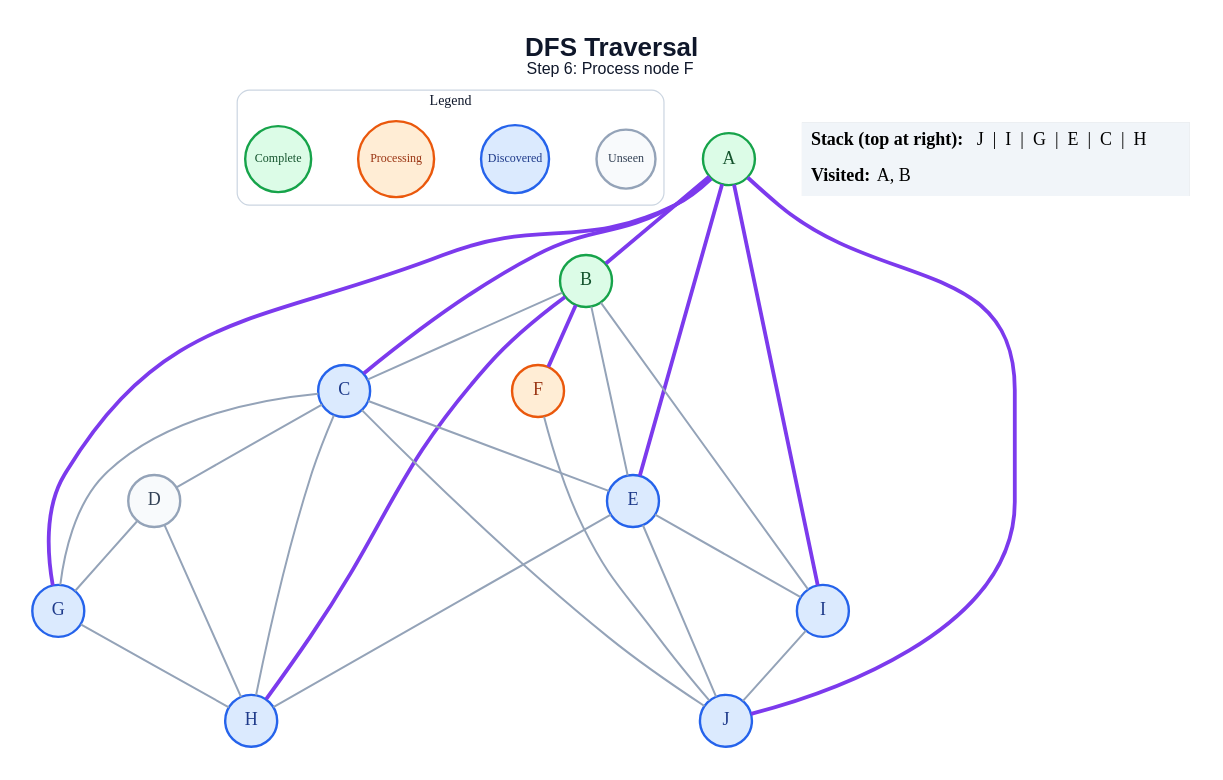
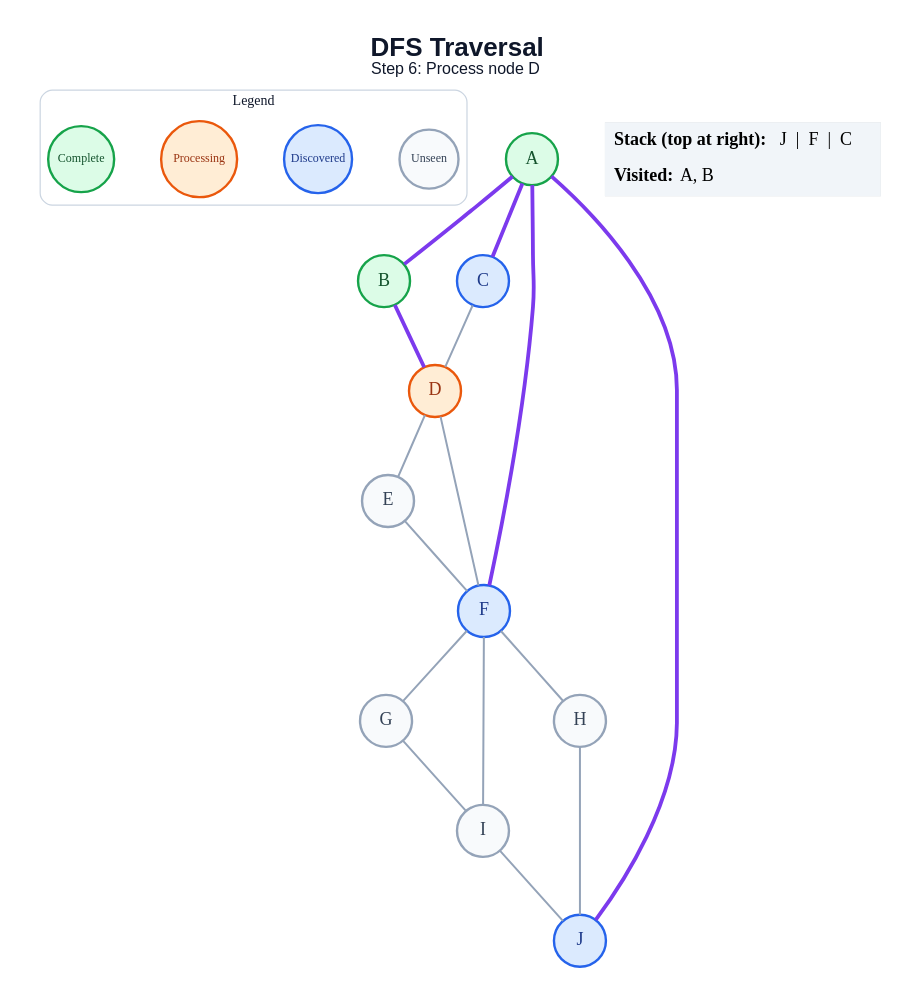
The diagram in generated/dfs/step_06.dot (amanghodawala9/ai-slop), drawn with Graphviz before and after one commit. The commit also changed 178 other files, not shown here.

```diff
--- a/generated/dfs/step_06.dot
+++ b/generated/dfs/step_06.dot
@@ -1,53 +1,44 @@
 graph traversal {
   graph [layout=dot, rankdir=TB, bgcolor="#FFFFFF", pad="0.35", nodesep="0.65", ranksep="0.8", fontname="Arial"];
   node [shape=circle, style="filled", fontname="Arial Bold", fontsize=18, width=0.72, fixedsize=true, penwidth=2.4];
   edge [color="#94A3B8", penwidth=2.0];
-  label=<<B>DFS Traversal</B><BR/><FONT POINT-SIZE="16">Step 6: Process node F</FONT>>; labelloc="t"; fontsize=26; fontname="Arial"; fontcolor="#0F172A";
+  label=<<B>DFS Traversal</B><BR/><FONT POINT-SIZE="16">Step 6: Process node D</FONT>>; labelloc="t"; fontsize=26; fontname="Arial"; fontcolor="#0F172A";
   subgraph cluster_legend { label="Legend"; color="#CBD5E1"; penwidth=1.2; style="rounded"; fontsize=14; fontname="Arial Bold";
     key_unseen [label="Unseen", fillcolor="#F8FAFC", color="#94A3B8", fontcolor="#334155", fontsize=12, width=0.82];
     key_frontier [label="Discovered", fillcolor="#DBEAFE", color="#2563EB", fontcolor="#1E3A8A", fontsize=12, width=0.95];
     key_current [label="Processing", fillcolor="#FFEDD5", color="#EA580C", fontcolor="#9A3412", fontsize=12, width=1.05];
     key_done [label="Complete", fillcolor="#DCFCE7", color="#16A34A", fontcolor="#14532D", fontsize=12, width=0.92];
     { rank=same; key_unseen; key_frontier; key_current; key_done; }
   }
   A [fillcolor="#DCFCE7", color="#16A34A", fontcolor="#14532D"];
   B [fillcolor="#DCFCE7", color="#16A34A", fontcolor="#14532D"];
   C [fillcolor="#DBEAFE", color="#2563EB", fontcolor="#1E3A8A"];
-  D [fillcolor="#F8FAFC", color="#94A3B8", fontcolor="#334155"];
-  E [fillcolor="#DBEAFE", color="#2563EB", fontcolor="#1E3A8A"];
-  F [fillcolor="#FFEDD5", color="#EA580C", fontcolor="#9A3412"];
-  G [fillcolor="#DBEAFE", color="#2563EB", fontcolor="#1E3A8A"];
-  H [fillcolor="#DBEAFE", color="#2563EB", fontcolor="#1E3A8A"];
-  I [fillcolor="#DBEAFE", color="#2563EB", fontcolor="#1E3A8A"];
+  D [fillcolor="#FFEDD5", color="#EA580C", fontcolor="#9A3412"];
+  E [fillcolor="#F8FAFC", color="#94A3B8", fontcolor="#334155"];
+  F [fillcolor="#DBEAFE", color="#2563EB", fontcolor="#1E3A8A"];
+  G [fillcolor="#F8FAFC", color="#94A3B8", fontcolor="#334155"];
+  H [fillcolor="#F8FAFC", color="#94A3B8", fontcolor="#334155"];
+  I [fillcolor="#F8FAFC", color="#94A3B8", fontcolor="#334155"];
   J [fillcolor="#DBEAFE", color="#2563EB", fontcolor="#1E3A8A"];
   A -- B [color="#7C3AED", penwidth=3.8];
   A -- C [color="#7C3AED", penwidth=3.8];
-  A -- E [color="#7C3AED", penwidth=3.8];
-  A -- G [color="#7C3AED", penwidth=3.8];
-  A -- I [color="#7C3AED", penwidth=3.8];
+  A -- F [color="#7C3AED", penwidth=3.8];
   A -- J [color="#7C3AED", penwidth=3.8];
-  B -- C;
-  B -- E;
-  B -- F [color="#7C3AED", penwidth=3.8];
-  B -- H [color="#7C3AED", penwidth=3.8];
-  B -- I;
+  B -- D [color="#7C3AED", penwidth=3.8];
   C -- D;
-  C -- E;
-  C -- G;
-  C -- H;
-  C -- J;
-  D -- G;
-  D -- H;
-  E -- H;
-  E -- I;
-  E -- J;
-  F -- J;
-  G -- H;
+  D -- E;
+  D -- F;
+  E -- F;
+  F -- G;
+  F -- H;
+  F -- I;
+  G -- I;
+  H -- J;
   I -- J;
   status [shape=plain, fixedsize=false, width=0, height=0, margin=0, label=<
     <TABLE BORDER="0" CELLBORDER="0" CELLPADDING="7" BGCOLOR="#F1F5F9">
-      <TR><TD ALIGN="LEFT"><B>Stack (top at right):</B> J  |  I  |  G  |  E  |  C  |  H</TD></TR>
+      <TR><TD ALIGN="LEFT"><B>Stack (top at right):</B> J  |  F  |  C</TD></TR>
       <TR><TD ALIGN="LEFT"><B>Visited:</B> A, B</TD></TR>
     </TABLE>
   >];
 }
```
